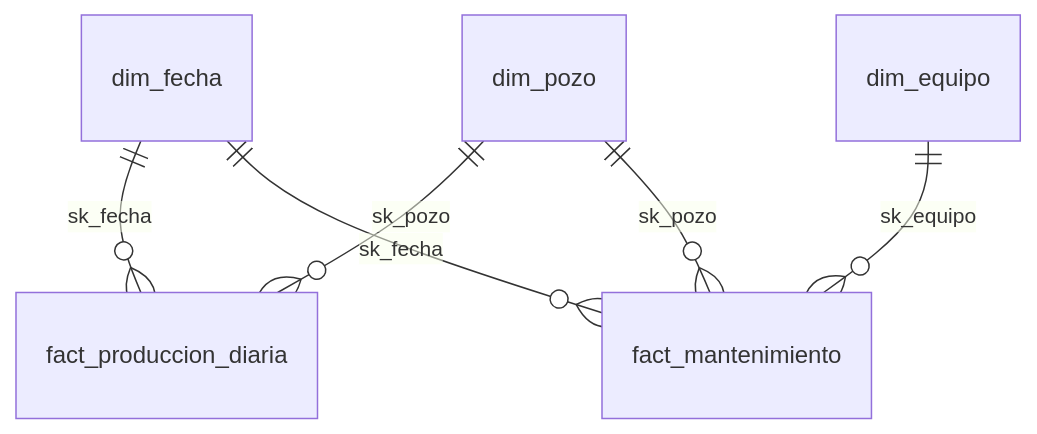
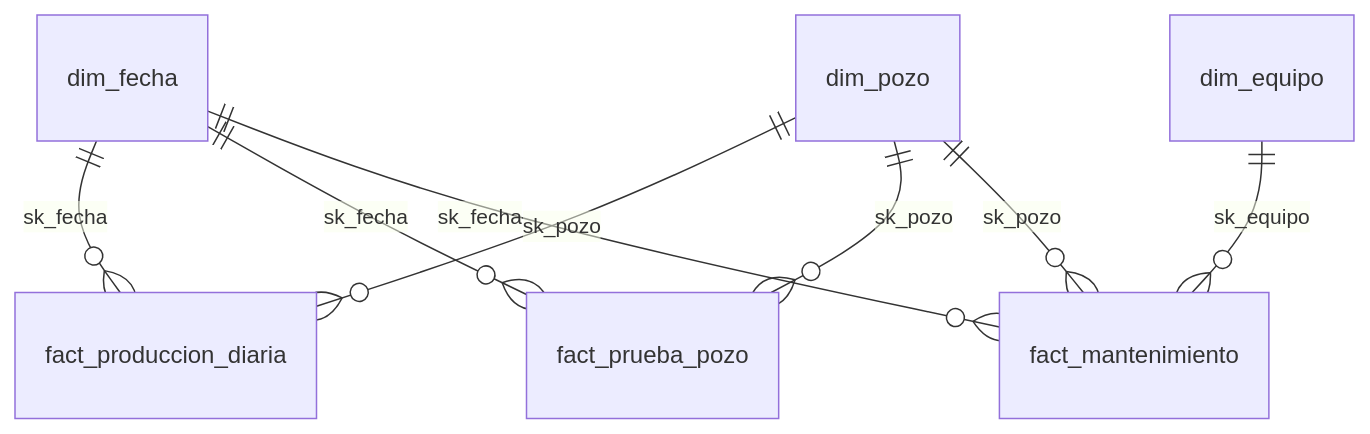
Before and after one commit to sebastian-rivera-DK/CapacitacionSierracol: the diagram in 04-Carga/README.md, drawn with Mermaid. The commit also changed other lines of this file and 7 other files, not shown here.

````diff
--- a/04-Carga/README.md
+++ b/04-Carga/README.md
@@ -5,8 +5,10 @@
 ```mermaid
 erDiagram
     dim_fecha ||--o{ fact_produccion_diaria : sk_fecha
     dim_pozo ||--o{ fact_produccion_diaria : sk_pozo
+    dim_fecha ||--o{ fact_prueba_pozo : sk_fecha
+    dim_pozo ||--o{ fact_prueba_pozo : sk_pozo
     dim_fecha ||--o{ fact_mantenimiento : sk_fecha
     dim_equipo ||--o{ fact_mantenimiento : sk_equipo
     dim_pozo ||--o{ fact_mantenimiento : sk_pozo
 ```
````
